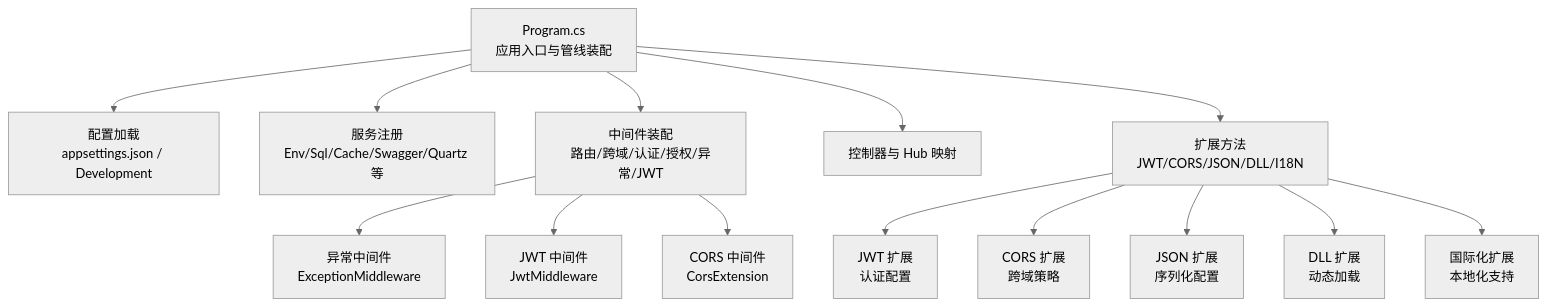
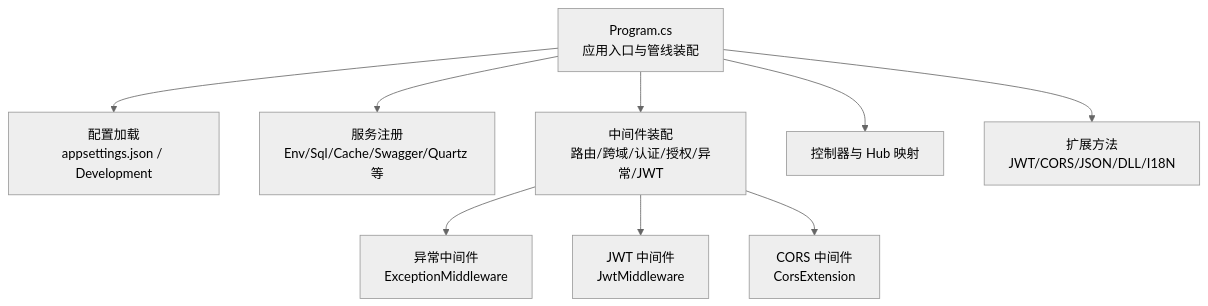
The first of 7 diagrams in .qoder/repowiki/zh/content/服务器基础设施/服务器基础设施.md (leadiot/Scm.Net), drawn with Mermaid (neutral theme) before and after one commit. The commit also changed other lines of this file and 17 other files, not shown here.

````diff
--- a/.qoder/repowiki/zh/content/服务器基础设施/服务器基础设施.md
+++ b/.qoder/repowiki/zh/content/服务器基础设施/服务器基础设施.md
@@ -60,16 +51,11 @@
 ```mermaid
 graph TB
 A["Program.cs<br/>应用入口与管线装配"] --> B["配置加载<br/>appsettings.json / Development"]
 A --> C["服务注册<br/>Env/Sql/Cache/Swagger/Quartz 等"]
 A --> D["中间件装配<br/>路由/跨域/认证/授权/异常/JWT"]
 D --> D1["异常中间件<br/>ExceptionMiddleware"]
 D --> D2["JWT 中间件<br/>JwtMiddleware"]
 D --> D3["CORS 中间件<br/>CorsExtension"]
 A --> E["控制器与 Hub 映射"]
 A --> F["扩展方法<br/>JWT/CORS/JSON/DLL/I18N"]
-F --> F1["JWT 扩展<br/>认证配置"]
-F --> F2["CORS 扩展<br/>跨域策略"]
-F --> F3["JSON 扩展<br/>序列化配置"]
-F --> F4["DLL 扩展<br/>动态加载"]
-F --> F5["国际化扩展<br/>本地化支持"]
 ```
````
